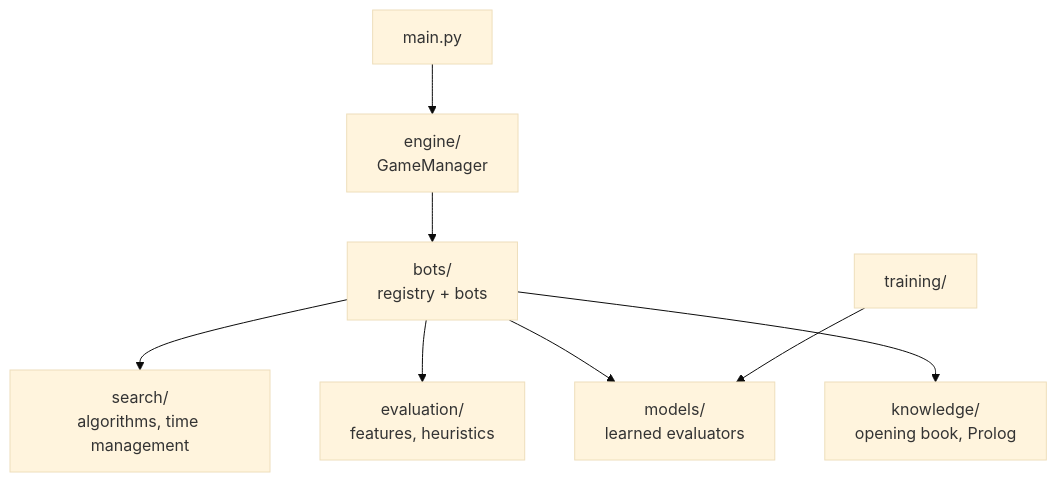
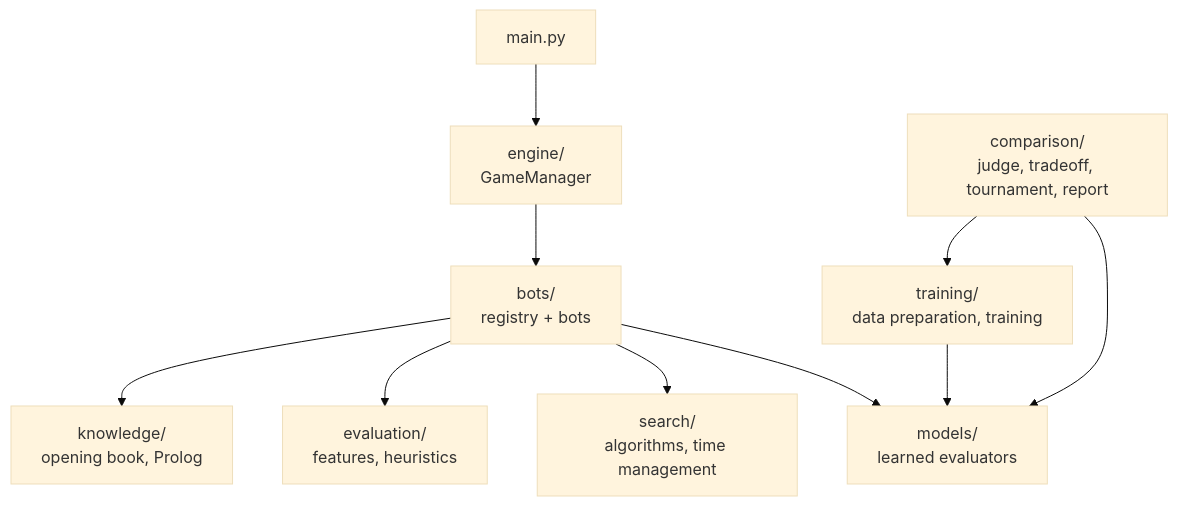
The first of 2 diagrams in README.md (JoaquinDeVA/chess-ai-engine), drawn with Mermaid (base theme) before and after one commit. The commit also changed other lines of this file and 10 other files, not shown here.

````diff
--- a/README.md
+++ b/README.md
@@ -53,10 +53,12 @@
 ```mermaid
 flowchart TB
     CLI["main.py"] --> GM["engine/<br/>GameManager"]
     GM --> REG["bots/<br/>registry + bots"]
     REG --> SEARCH["search/<br/>algorithms, time management"]
     REG --> EVAL["evaluation/<br/>features, heuristics"]
     REG --> MODELS["models/<br/>learned evaluators"]
     REG --> KNOW["knowledge/<br/>opening book, Prolog"]
-    TRAIN["training/"] --> MODELS
+    TRAIN["training/<br/>data preparation, training"] --> MODELS
+    COMP["comparison/<br/>judge, tradeoff, tournament, report"] --> TRAIN
+    COMP --> MODELS
 ```
````
